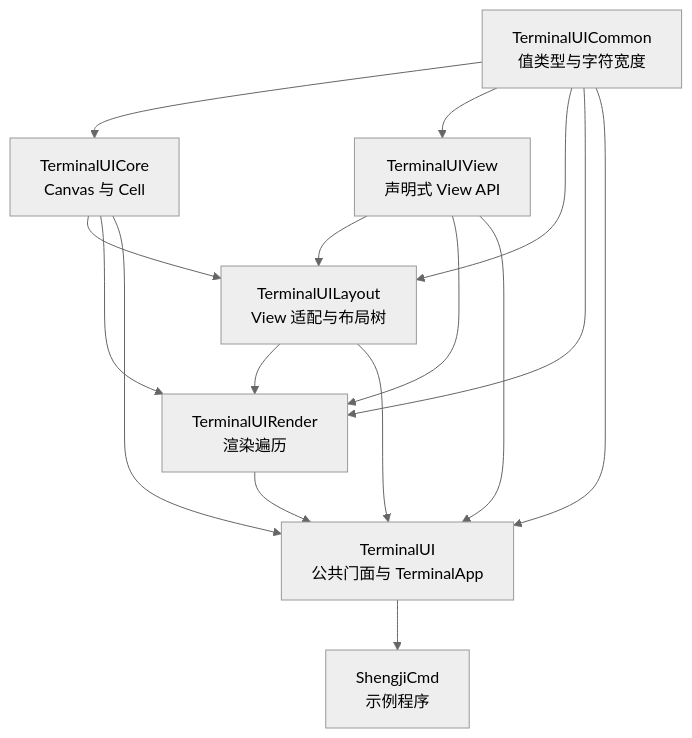
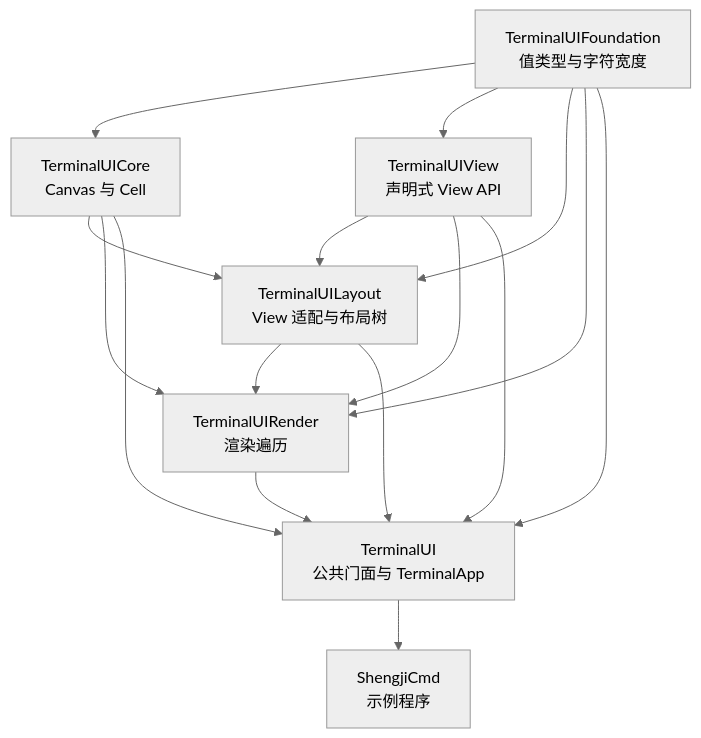
The diagram in README.md (wttch-swift/SwiftTUI), drawn with Mermaid (neutral theme) before and after one commit. The commit also changed other lines of this file and 15 other files, not shown here.

````diff
--- a/README.md
+++ b/README.md
@@ -20,26 +20,26 @@
 ```mermaid
 flowchart TD
-    Common[TerminalUICommon\n值类型与字符宽度]
+    Foundation[TerminalUIFoundation\n值类型与字符宽度]
     Core[TerminalUICore\nCanvas 与 Cell]
     View[TerminalUIView\n声明式 View API]
     Layout[TerminalUILayout\nView 适配与布局树]
     Render[TerminalUIRender\n渲染遍历]
     Facade[TerminalUI\n公共门面与 TerminalApp]
     Demo[ShengjiCmd\n示例程序]
 
-    Common --> Core
-    Common --> View
-    Common --> Layout
+    Foundation --> Core
+    Foundation --> View
+    Foundation --> Layout
     Core --> Layout
     View --> Layout
-    Common --> Render
+    Foundation --> Render
     Core --> Render
     View --> Render
     Layout --> Render
-    Common --> Facade
+    Foundation --> Facade
     Core --> Facade
     View --> Facade
     Layout --> Facade
     Render --> Facade
     Facade --> Demo
 ```
````
